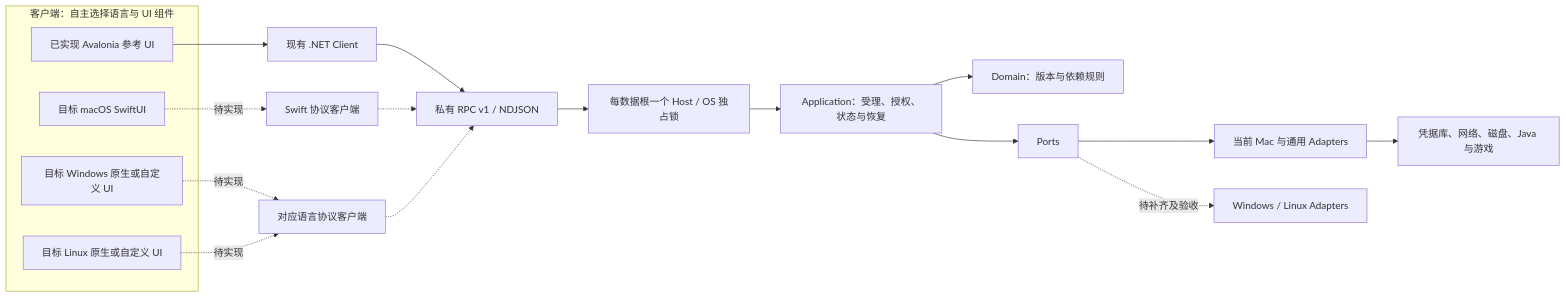
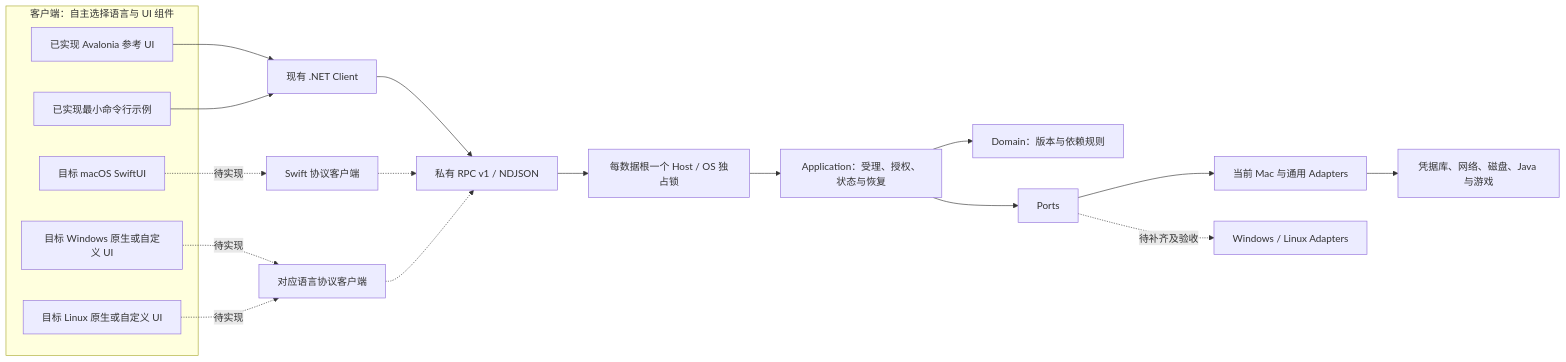
One commit to ParadoxRin/Plain_Craft_Launcher_Refactoring_Core changed the second of 4 diagrams in docs/架构与设计取舍.md. Above: the diagram before and after it, drawn with Mermaid. The commit also changed other lines of this file and 10 other files, not shown here.

````diff
--- a/docs/架构与设计取舍.md
+++ b/docs/架构与设计取舍.md
@@ -32,23 +34,25 @@
 ```mermaid
 flowchart LR
   subgraph Clients[客户端：自主选择语言与 UI 组件]
     AV[已实现 Avalonia 参考 UI]
+    MC[已实现最小命令行示例]
     SW[目标 macOS SwiftUI]
     WI[目标 Windows 原生或自定义 UI]
     LI[目标 Linux 原生或自定义 UI]
   end
   AV --> NC[现有 .NET Client]
+  MC --> NC
   SW -.待实现.-> SC[Swift 协议客户端]
   WI -.待实现.-> OC[对应语言协议客户端]
   LI -.待实现.-> OC
   NC --> RPC[私有 RPC v1 / NDJSON]
   SC -.-> RPC
   OC -.-> RPC
   RPC --> H[每数据根一个 Host / OS 独占锁]
   H --> APP[Application：受理、授权、状态与恢复]
   APP --> D[Domain：版本与依赖规则]
   APP --> P[Ports]
   P --> MAC[当前 Mac 与通用 Adapters]
   P -.待补齐及验收.-> WL[Windows / Linux Adapters]
   MAC --> OS[凭据库、网络、磁盘、Java 与游戏]
 ```
````
